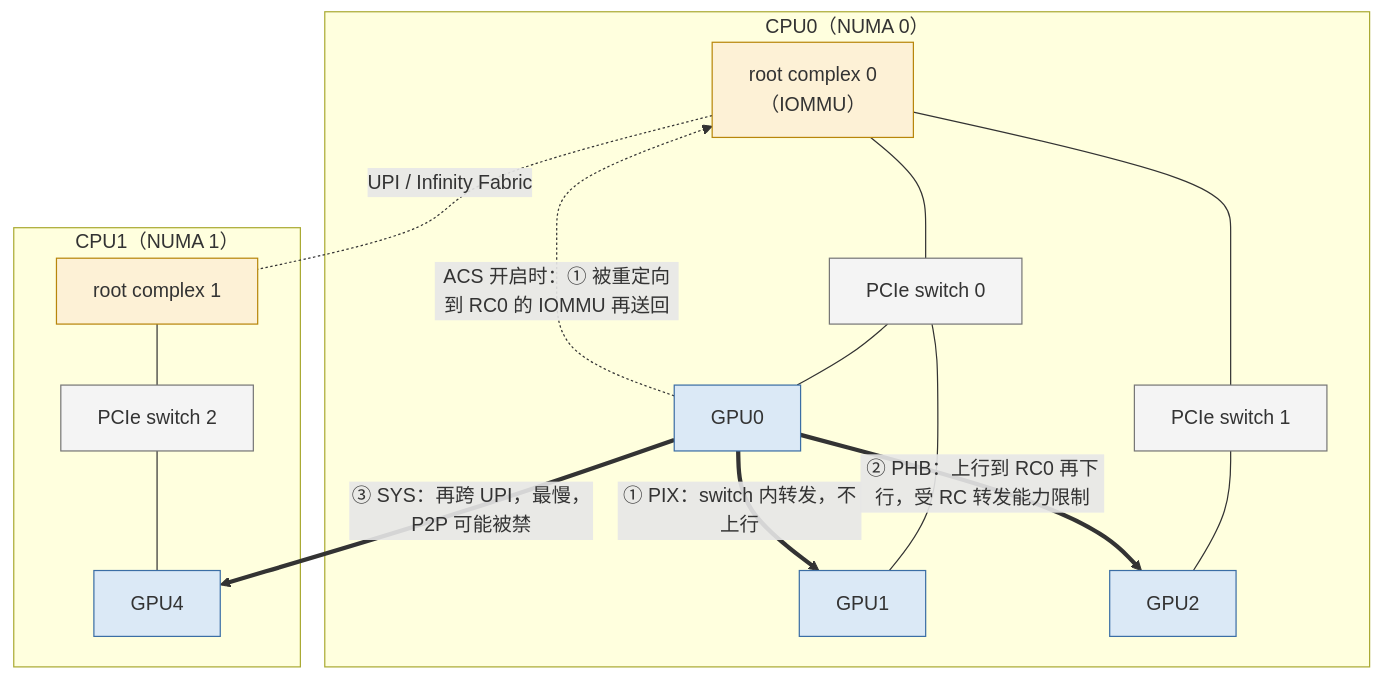
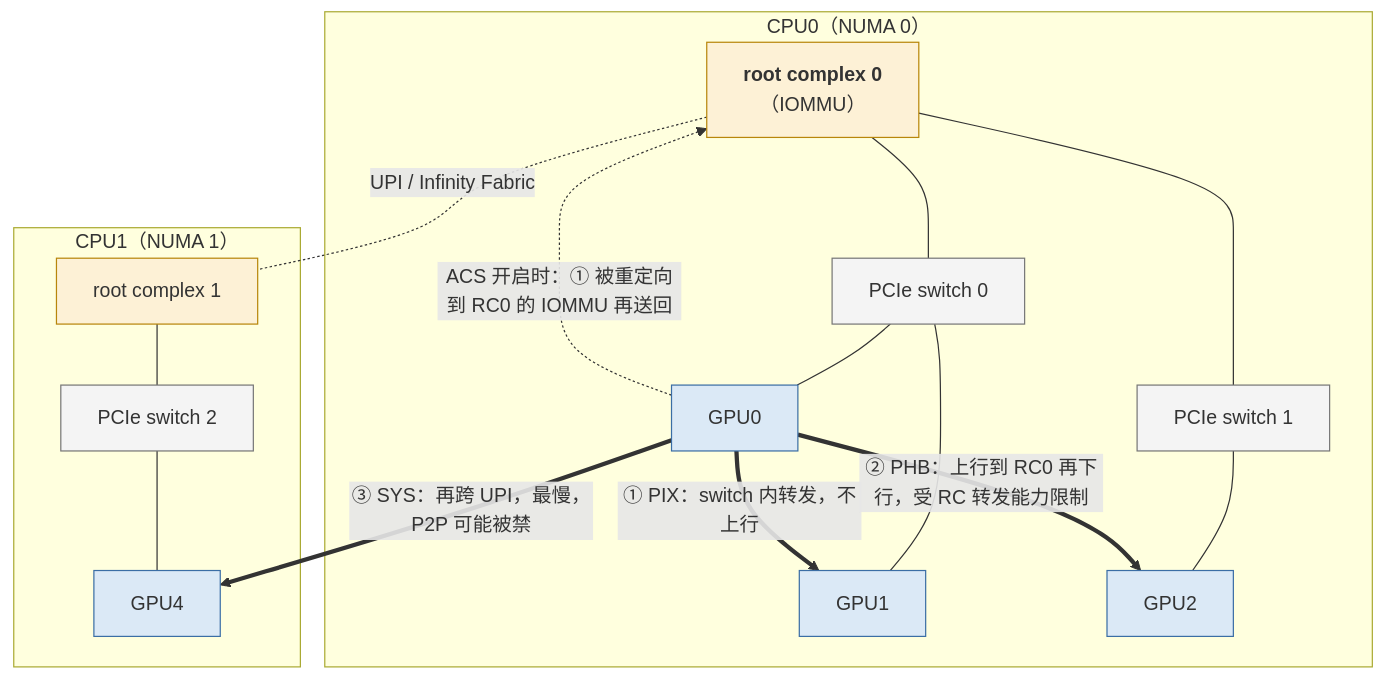
One commit to arganzheng/arganzheng.github.com changed the first of 4 diagrams in _posts/2026-06-06-hardware-interconnect-pcie-nvlink-and-topology.md. Above: the diagram before and after it, drawn with Mermaid. The commit also changed other lines of this file and 6 other files, not shown here.

First line of the commit message:
通信与互联：从 NCCL 到 RDMA：Mermaid 多行方框的首行标为标题（7 篇）

````diff
--- a/_posts/2026-06-06-hardware-interconnect-pcie-nvlink-and-topology.md
+++ b/_posts/2026-06-06-hardware-interconnect-pcie-nvlink-and-topology.md
@@ -129,35 +129,35 @@
 ```mermaid
 %% 图：三条 PCIe P2P 路径：PIX 在 switch 内转发，PHB 上行到 root complex，SYS 再跨 UPI；ACS 把 ① 改道成 ②
 flowchart TB
   subgraph cpu0["CPU0（NUMA 0）"]
-    RC0["root complex 0<br/>（IOMMU）"]
+    RC0["<b>root complex 0</b><br/>（IOMMU）"]
     SW0["PCIe switch 0"]
     SW1["PCIe switch 1"]
     G0["GPU0"]
     G1["GPU1"]
     G2["GPU2"]
   end
   subgraph cpu1["CPU1（NUMA 1）"]
     RC1["root complex 1"]
     SW2["PCIe switch 2"]
     G4["GPU4"]
   end
   RC0 --- SW0
   RC0 --- SW1
   SW0 --- G0
   SW0 --- G1
   SW1 --- G2
   RC1 --- SW2
   SW2 --- G4
   RC0 -. "UPI / Infinity Fabric" .- RC1
   G0 == "① PIX：switch 内转发，不上行" ==> G1
   G0 == "② PHB：上行到 RC0 再下行，受 RC 转发能力限制" ==> G2
   G0 == "③ SYS：再跨 UPI，最慢，P2P 可能被禁" ==> G4
   G0 -. "ACS 开启时：① 被重定向到 RC0 的 IOMMU 再送回" .-> RC0
   classDef gpu fill:#dbe9f6,stroke:#3b6ea5;
   classDef sw fill:#f4f4f4,stroke:#777;
   classDef rc fill:#fdf1d6,stroke:#b8860b;
   class G0,G1,G2,G4 gpu;
   class SW0,SW1,SW2 sw;
   class RC0,RC1 rc;
 ```
````
